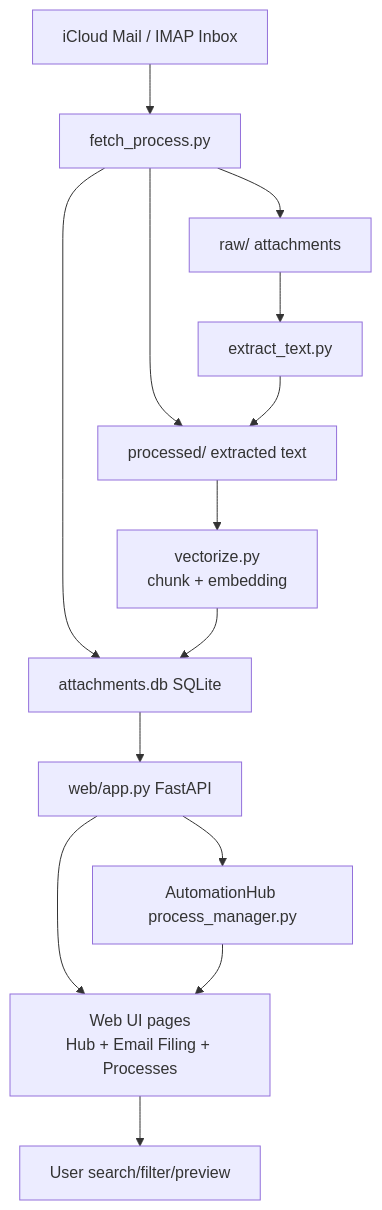
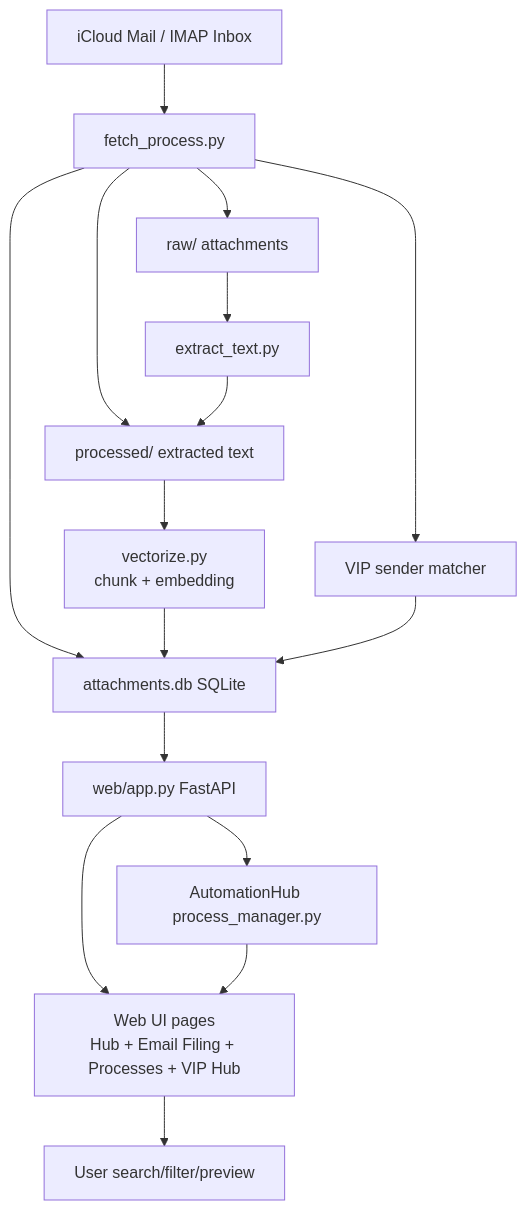
Before and after one commit to smeird/OrgHub: the diagram in README.md, drawn with Mermaid. The commit also changed other lines of this file and 10 other files, not shown here.

Commit message:
feat(vip): add VIP Hub UI and IMAP VIP matching with audit

````diff
--- a/README.md
+++ b/README.md
@@ -23,20 +24,23 @@
 ```mermaid
 flowchart TD
     A[iCloud Mail / IMAP Inbox] --> B[fetch_process.py]
     B --> C[attachments.db SQLite]
     B --> D[raw/ attachments]
     B --> E[processed/ extracted text]
 
     D --> F[extract_text.py]
     F --> E
 
     E --> G[vectorize.py<br>chunk + embedding]
     G --> C
 
     C --> H[web/app.py FastAPI]
-    H --> I[Web UI pages<br>Hub + Email Filing + Processes]
+    H --> I[Web UI pages<br>Hub + Email Filing + Processes + VIP Hub]
     I --> J[User search/filter/preview]
+
+    B --> L[VIP sender matcher]
+    L --> C
 
     H --> K[AutomationHub process_manager.py]
     K --> I
 ```
````
